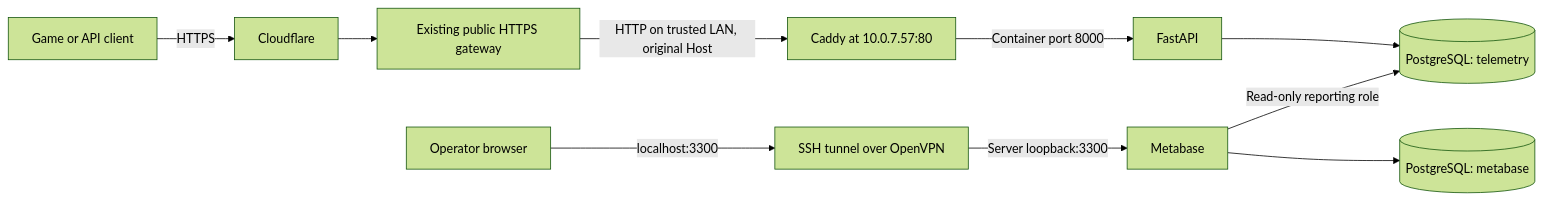
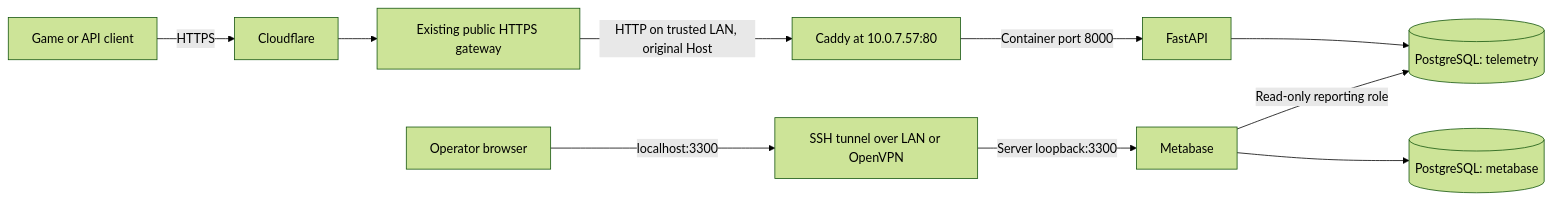
Before and after one commit to Stanestane/put-it-back: the diagram in backend/docs/architecture.md, drawn with Mermaid (forest theme). The commit also changed other lines of this file and 11 other files, not shown here.

````diff
--- a/backend/docs/architecture.md
+++ b/backend/docs/architecture.md
@@ -28,12 +28,12 @@
 ```mermaid
 flowchart LR
     G[Game or API client] -->|HTTPS| CF[Cloudflare]
     CF --> GW[Existing public HTTPS gateway]
     GW -->|HTTP on trusted LAN, original Host| C[Caddy at 10.0.7.57:80]
     C -->|Container port 8000| A[FastAPI]
     A --> P[(PostgreSQL: telemetry)]
     M[Metabase] -->|Read-only reporting role| P
     M --> MB[(PostgreSQL: metabase)]
-    O[Operator browser] -->|localhost:3300| T[SSH tunnel over OpenVPN]
+    O[Operator browser] -->|localhost:3300| T[SSH tunnel over LAN or OpenVPN]
     T -->|Server loopback:3300| M
 ```
````
